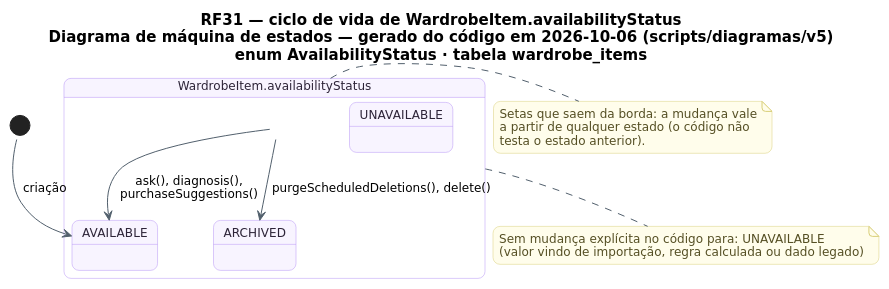
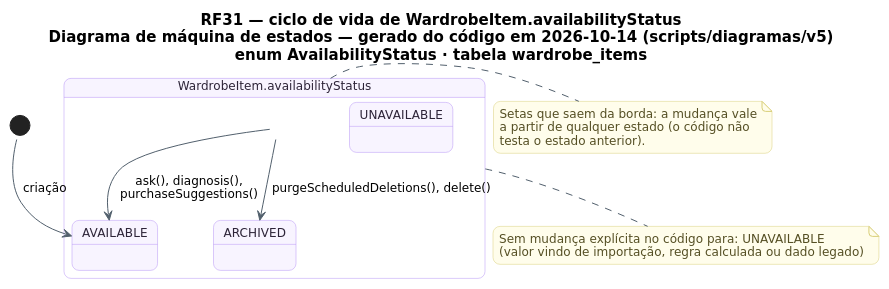
One commit to MatheusHaliski/tcc-2026-fashion-ai-backend changed the diagram in docs/diagramas/RF31/RF31-maquinadeestados-peca.puml. Above: the diagram before and after it, drawn with PlantUML. The commit also changed 800 other files, not shown here.

Commit message:
Adiciona composições AURA, bordas Metamorfose, guia visual e atualiza diagramas

```diff
--- a/docs/diagramas/RF31/RF31-maquinadeestados-peca.puml
+++ b/docs/diagramas/RF31/RF31-maquinadeestados-peca.puml
@@ -1,41 +1,41 @@
 @startuml RF31_MaquinaDeEstados_Peca
 !pragma layout smetana
 skinparam backgroundColor #FFFFFF
 skinparam shadowing false
 skinparam defaultFontName "DejaVu Sans"
 skinparam defaultFontSize 12
 skinparam titleFontSize 15
 skinparam roundcorner 14
 skinparam ArrowColor #52606D
 skinparam note {
   BackgroundColor #FFFDEB
   BorderColor #D8CE78
   FontColor #554F24
 }
 skinparam state {
   BackgroundColor #F8F4FF
   BorderColor #B695F5
   FontColor #2D2438
   StartColor #20A77A
   EndColor #4B5563
 }
-title RF31 — ciclo de vida de WardrobeItem.availabilityStatus\nDiagrama de máquina de estados — gerado do código em 2026-10-06 (scripts/diagramas/v5)\nenum AvailabilityStatus · tabela wardrobe_items
+title RF31 — ciclo de vida de WardrobeItem.availabilityStatus\nDiagrama de máquina de estados — gerado do código em 2026-10-14 (scripts/diagramas/v5)\nenum AvailabilityStatus · tabela wardrobe_items
 
 state "WardrobeItem.availabilityStatus" as Ciclo_WardrobeItem {
   state Ciclo_WardrobeItem_AVAILABLE as "AVAILABLE"
   state Ciclo_WardrobeItem_UNAVAILABLE as "UNAVAILABLE"
   state Ciclo_WardrobeItem_ARCHIVED as "ARCHIVED"
 }
 [*] --> Ciclo_WardrobeItem_AVAILABLE : criação
 Ciclo_WardrobeItem --> Ciclo_WardrobeItem_ARCHIVED : purgeScheduledDeletions(), delete()
 Ciclo_WardrobeItem --> Ciclo_WardrobeItem_AVAILABLE : ask(), diagnosis(),\npurchaseSuggestions()
 note bottom of Ciclo_WardrobeItem
   Sem mudança explícita no código para: UNAVAILABLE
   (valor vindo de importação, regra calculada ou dado legado)
 end note
 note right of Ciclo_WardrobeItem
   Setas que saem da borda: a mudança vale
   a partir de qualquer estado (o código não
   testa o estado anterior).
 end note
 @enduml
```
